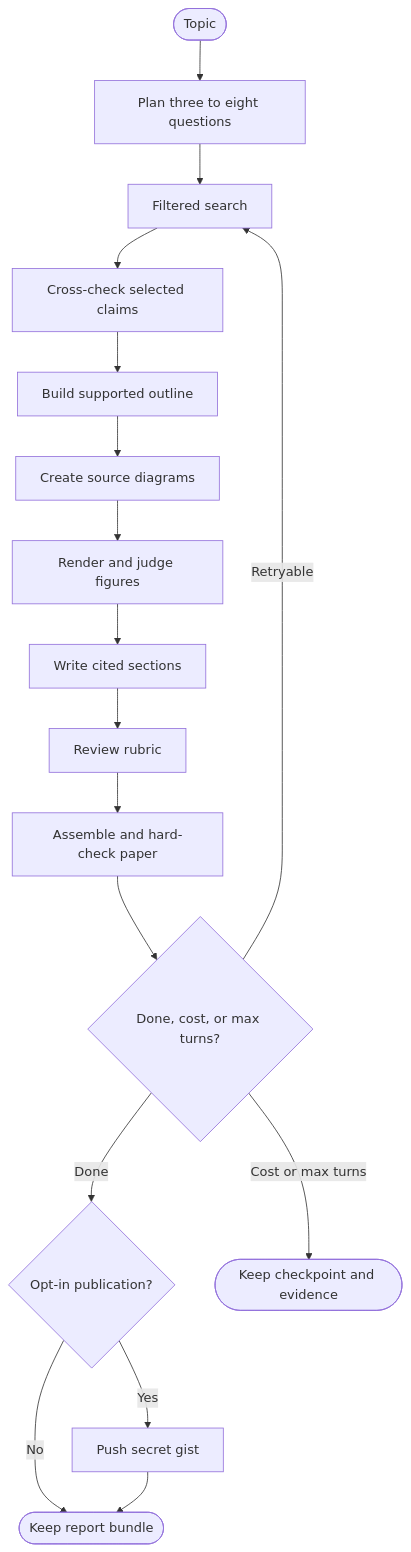
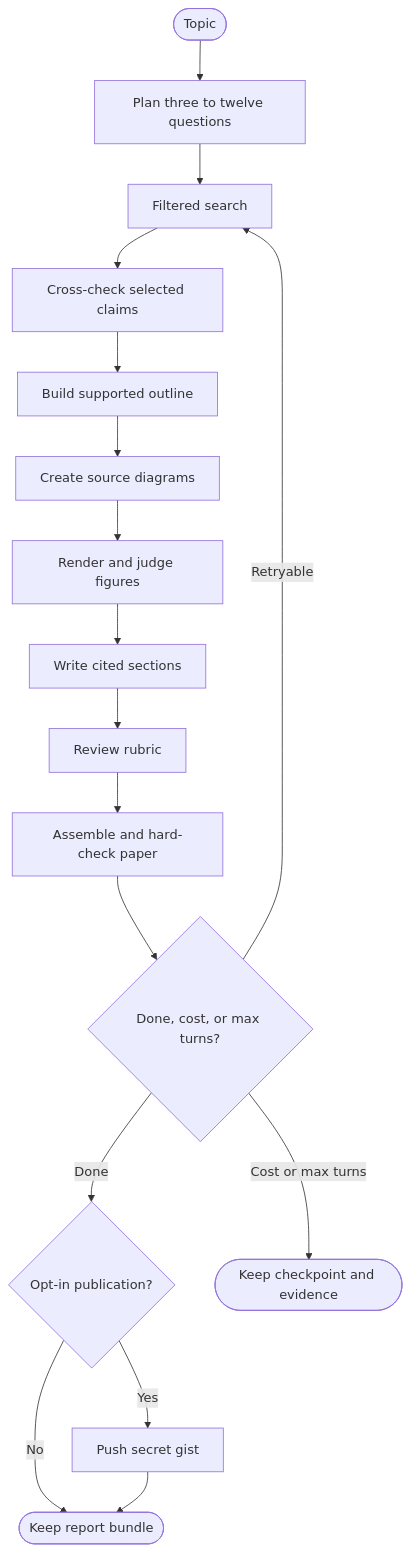
The second of 4 diagrams in solutions/sol3_research_deep_agents/DESIGN_DOC.md (RichardHightower/reliable-agentic-lab), drawn with Mermaid before and after one commit. The commit also changed other lines of this file and 26 other files, not shown here.

````diff
--- a/solutions/sol3_research_deep_agents/DESIGN_DOC.md
+++ b/solutions/sol3_research_deep_agents/DESIGN_DOC.md
@@ -98,19 +98,19 @@
 ```mermaid
 flowchart TD
-    Start([Topic]) --> Plan["Plan three to eight questions"]
+    Start([Topic]) --> Plan["Plan three to twelve questions"]
     Plan --> Search["Filtered search"]
     Search --> Verify["Cross-check selected claims"]
     Verify --> Outline["Build supported outline"]
     Outline --> Diagram["Create source diagrams"]
     Diagram --> Image["Render and judge figures"]
     Image --> Write["Write cited sections"]
     Write --> Review["Review rubric"]
     Review --> Assemble["Assemble and hard-check paper"]
     Assemble --> Exit{"Done, cost, or max turns?"}
     Exit -- Done --> Publish{"Opt-in publication?"}
     Publish -- Yes --> Gist["Push secret gist"]
     Publish -- No --> Complete([Keep report bundle])
     Gist --> Complete
     Exit -- Retryable --> Search
     Exit -- Cost or max turns --> Escalate([Keep checkpoint and evidence])
 ```
````
